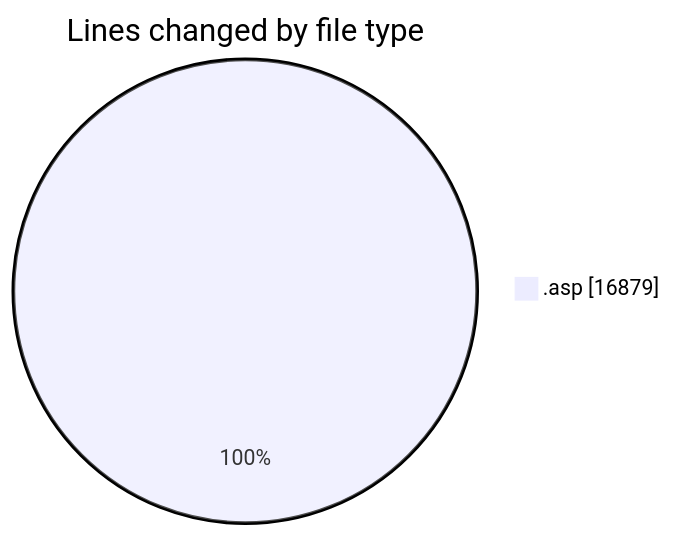
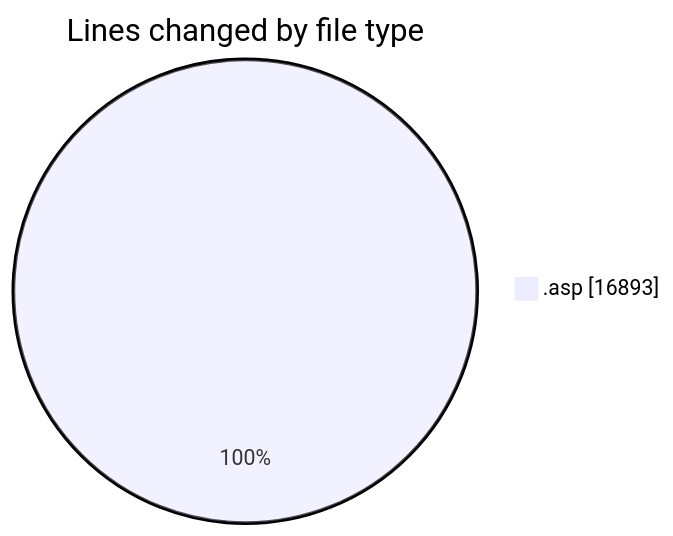
One commit to julien-gomy/code-tracking changed the first of 2 diagrams in 2025-11-14/cdp_aleoudev_fr__workspace_/README.md. Above: the diagram before and after it, drawn with Mermaid. The commit also changed other lines of this file and 1 other file, not shown here.

````diff
--- a/2025-11-14/cdp_aleoudev_fr__workspace_/README.md
+++ b/2025-11-14/cdp_aleoudev_fr__workspace_/README.md
@@ -36,5 +36,5 @@
 ```mermaid
 pie showData
 title Lines changed by file type
-".asp" : 16879
+".asp" : 16893
 ```
````
